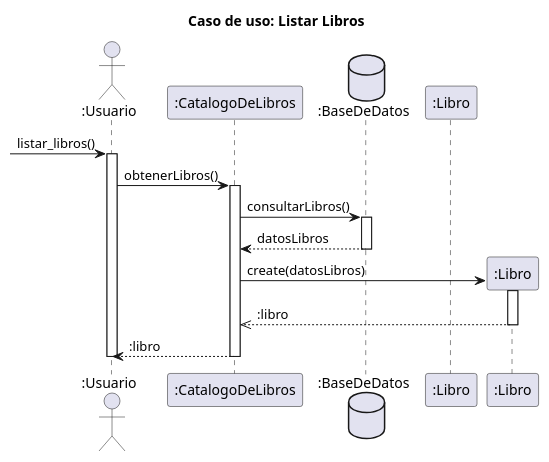
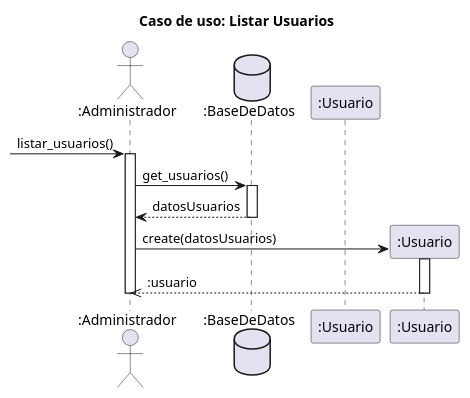
The diagram in interacion 2/Listar usuarios.puml (RubenE107/diagramas-de-dise-o-uml), drawn with PlantUML before and after one commit. The commit also changed 2 other files, not shown here.

```diff
--- a/interacion 2/Listar usuarios.puml
+++ b/interacion 2/Listar usuarios.puml
@@ -1,54 +1,46 @@
 @startuml
 ' title caso de uso: listar usuarios
 '  actor "Administrador" as u
 ' participant "sistema" as s
 ' database "Base de datos" as DB
 ' -->>s: Sesioniniciada()
 ' activate s
 ' -->>s: listarUsuarios()
 ' activate s
 ' u->>s: El usuario da click en el menu de la aplicacion
 ' u->>s: El usuario da click en la opcion usuarios
 
 ' s->>DB: SELECT * FROM usuarios
 ' activate DB
 ' DB->>s: Lista de usuarios
 ' deactivate DB
 ' s->>u: El sistema abre ventana y despliega la lista de usuarios
 
 '     note right of u: El administrador navegar usando la scrull del mouse
 
 ' deactivate s
+title Caso de uso: Listar Usuarios
 
-title Caso de uso: Listar Libros
+actor ":Administrador" as a
+database ":BaseDeDatos" as bd
+participant ":Usuario" as u
 
-actor ":Usuario" as u
-participant ":CatalogoDeLibros" as c
-database ":BaseDeDatos" as bd
-participant ":Libro" as l
+-> a:listar_usuarios()
+activate a
 
--> u:listar_libros()
-activate u
-
-u -> c:obtenerLibros()
-activate c
-
-c -> bd:consultarLibros()
+a -> bd:get_usuarios()
 activate bd
 
-bd --> c:datosLibros
+bd --> a:datosUsuarios
 deactivate bd
 
-create ":Libro" as libro
-c -> libro:create(datosLibros)
-activate libro
+create ":Usuario" as usuario
+a -> usuario:create(datosUsuarios)
+activate usuario
 
-libro-->>c::libro
-deactivate libro
+usuario-->>a::usuario
+deactivate usuario
 
-c --> u::libro
-deactivate c
-
-deactivate u
+deactivate a
 
 @enduml
```
